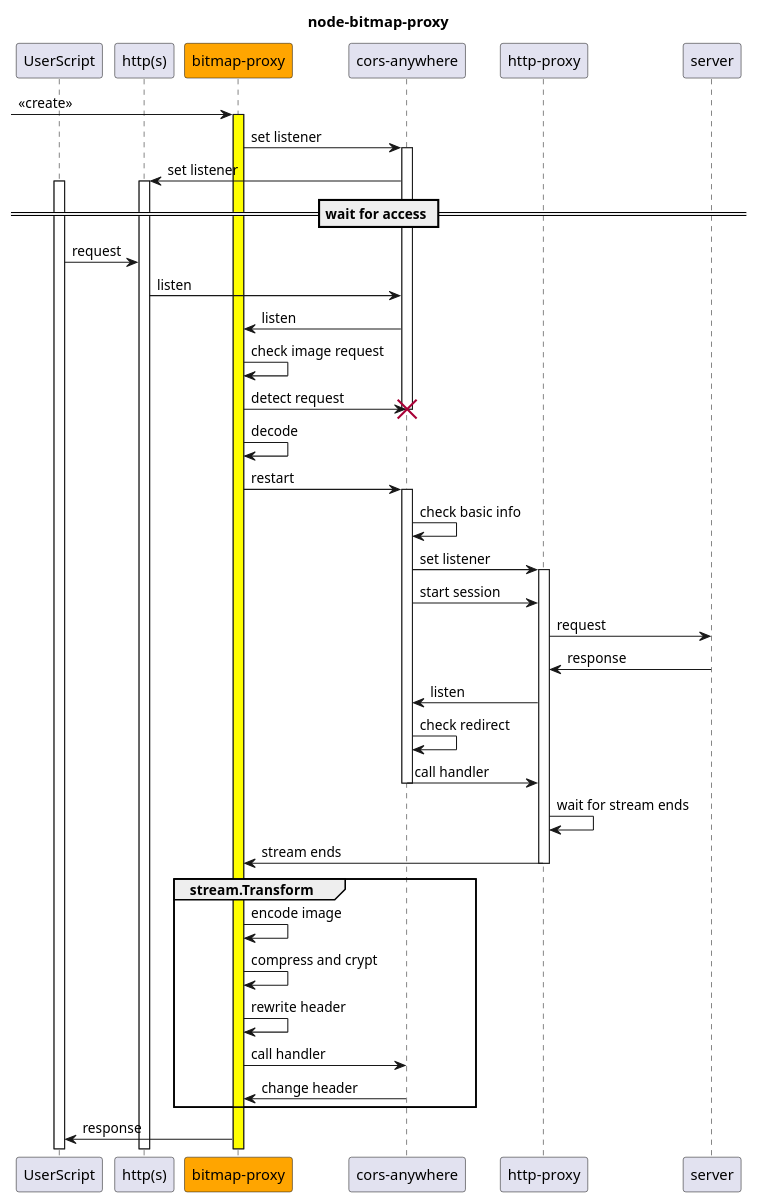
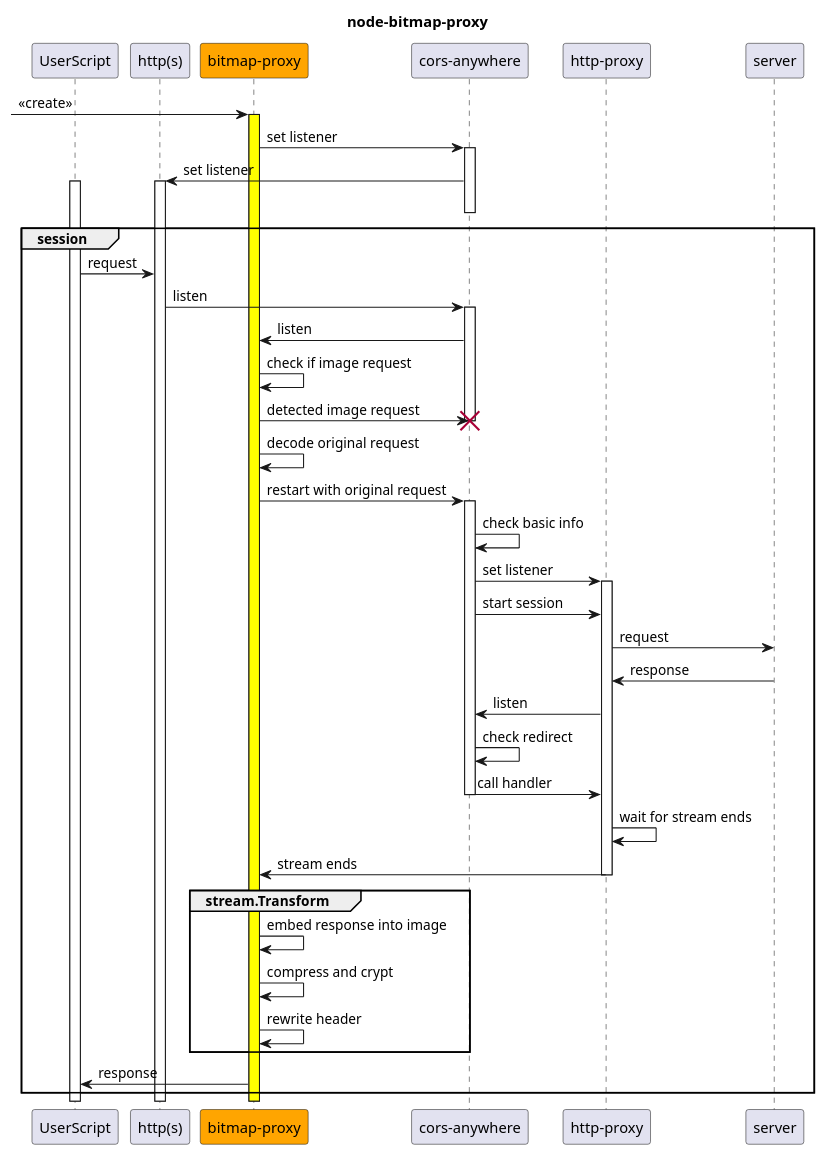
One commit to minaph/node-bitmap-proxy changed the second of 3 diagrams in analysis.md. Above: the diagram before and after it, drawn with PlantUML. The commit also changed other lines of this file and 2 other files, not shown here.

````diff
--- a/analysis.md
+++ b/analysis.md
@@ -38,63 +42,67 @@
 ```plantuml
 title node-bitmap-proxy
 
 
 participant UserScript as user
 
 participant "http(s)" as http
 participant "bitmap-proxy" as bitmap #orange
 participant "cors-anywhere" as cors
 participant "http-proxy" as proxy
 participant server
 
 [-> bitmap ++#yellow : <<create>> 
 bitmap -> cors ++: set listener
 cors -> http ++: set listener
 
-== wait for access ==
+deactivate cors
+
+group session
 
 activate user
 user -> http : request
-http -> cors : listen
+http -> cors ++: listen
 cors -> bitmap : listen
-bitmap -> bitmap : check image request
-bitmap -> cors !!: detect request
-bitmap -> bitmap : decode
+bitmap -> bitmap : check if image request
+bitmap -> cors !!: detected image request
+bitmap -> bitmap : decode original request
 ' bitmap -> cors  : set listener
 ' bitmap --> proxy :set listener?
-bitmap -> cors ++: restart
+bitmap -> cors ++: restart with original request
 cors -> cors : check basic info
 cors -> proxy ++ : set listener
 cors -> proxy : start session
 proxy -> server : request
 
 
 server -> proxy :response
 proxy -> cors : listen
 cors -> cors : check redirect
 ' cors -> bitmap : register handler
 
 ' note left
 '     importするなら
 '     わざわざコールバックしなくても良い
 '     change headerはデータを撹乱するので、
 '     その場合削除は必要
 ' end note
 
 ' ' bitmap --> proxy :set listener?
 ' bitmap -> bitmap : wait for another event
 cors -> proxy --: call handler
 proxy -> proxy :wait for stream ends
 proxy -> bitmap --: stream ends
 
 group stream.Transform
-    bitmap -> bitmap : encode image
+    bitmap -> bitmap : embed response into image
     bitmap -> bitmap : compress and crypt
     bitmap -> bitmap : rewrite header
-    bitmap -> cors : call handler
-    cors -> bitmap : change header
+    ' bitmap -> cors : call response handler
+    ' cors -> bitmap : change header
 end
 
 bitmap -> user : response
 
+end session
+
 ```
````
